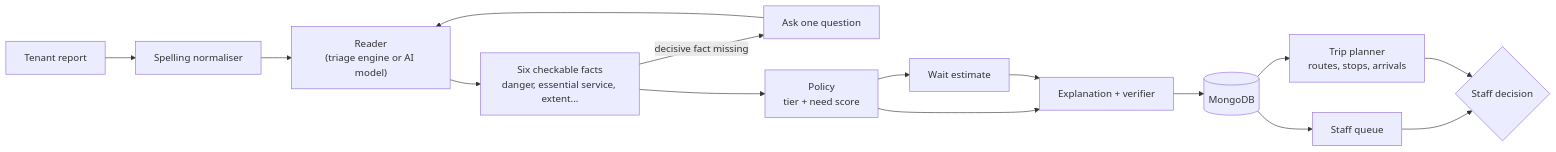
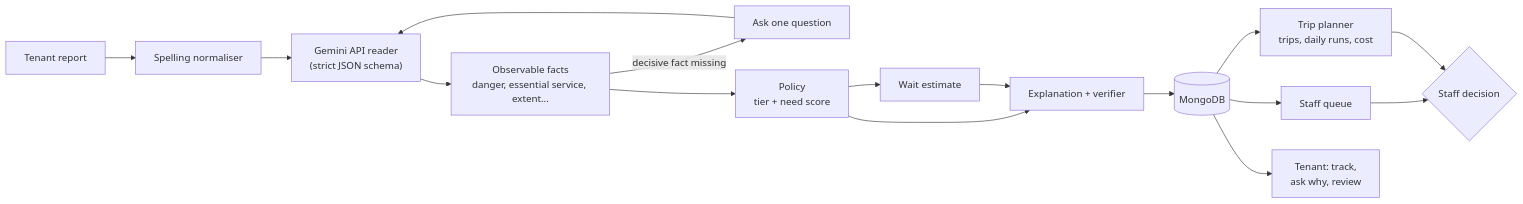
Before and after one commit to ShougataDas/Fairtriage-NT: the diagram in README.md, drawn with Mermaid. The commit also changed other lines of this file and 2 other files, not shown here.

First line of the commit message:
README: recent features, Gemini API as the reader

````diff
--- a/README.md
+++ b/README.md
@@ -65,17 +87,18 @@
 ```mermaid
 flowchart LR
     T[Tenant report] --> N[Spelling normaliser]
-    N --> R["Reader<br/>(triage engine or AI model)"]
-    R --> F["Six checkable facts<br/>danger, essential service, extent..."]
+    N --> R["Gemini API reader<br/>(strict JSON schema)"]
+    R --> F["Observable facts<br/>danger, essential service, extent..."]
     F -->|decisive fact missing| Q[Ask one question]
     Q --> R
     F --> P["Policy<br/>tier + need score"]
     P --> W[Wait estimate]
     P --> X[Explanation + verifier]
     W --> X
     X --> DB[(MongoDB)]
     DB --> S[Staff queue]
-    DB --> TP["Trip planner<br/>routes, stops, arrivals"]
+    DB --> TP["Trip planner<br/>trips, daily runs, cost"]
+    DB --> A["Tenant: track,<br/>ask why, review"]
     S --> H{Staff decision}
     TP --> H
 ```
````
